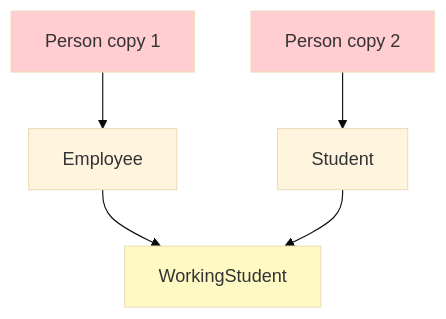
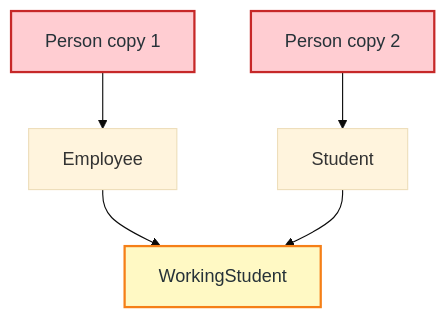
One commit to joyandrew-github/DSA_CPP changed the seventh of 9 diagrams in OOPS/Inheritance/Inheritance_Types_Complete_Guide.md. Above: the diagram before and after it, drawn with Mermaid (base theme). The commit also changed other lines of this file, not shown here.

First line of the commit message:
docs: fix mermaid diagram colors for visibility

````diff
--- a/OOPS/Inheritance/Inheritance_Types_Complete_Guide.md
+++ b/OOPS/Inheritance/Inheritance_Types_Complete_Guide.md
@@ -385,10 +411,13 @@
 ```mermaid
 graph TD
     P1[Person copy 1] --> E[Employee]
     P2[Person copy 2] --> S[Student]
     E --> WS[WorkingStudent]
     S --> WS
-    style P1 fill:#ffcdd2
-    style P2 fill:#ffcdd2
-    style WS fill:#fff9c4
+    
+    classDef problemClass fill:#FFCDD2,color:#263238,stroke:#C62828,stroke-width:2px
+    classDef warningClass fill:#FFF9C4,color:#263238,stroke:#F57F17,stroke-width:2px
+    
+    class P1,P2 problemClass
+    class WS warningClass
 ```
````
